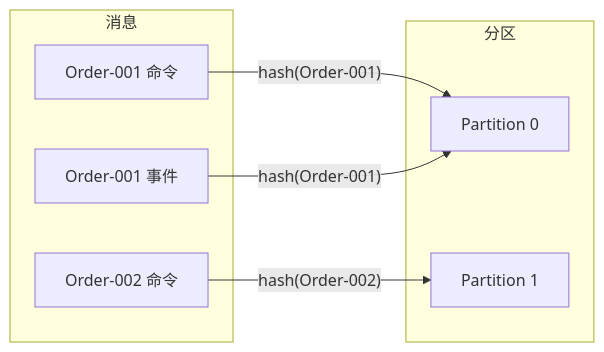
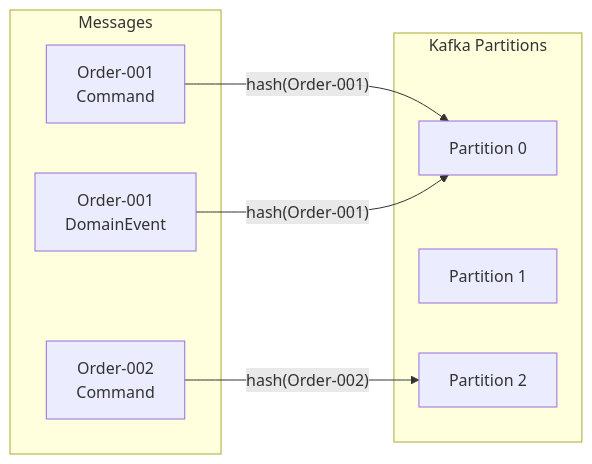
The fifth of 6 diagrams in documentation/docs/zh/guide/extensions/kafka.md (Ahoo-Wang/Wow), drawn with Mermaid before and after one commit. The commit also changed other lines of this file and 79 other files, not shown here.

First line of the commit message:
docs: restructure documentation into three-layer progressive architecture

````diff
--- a/documentation/docs/zh/guide/extensions/kafka.md
+++ b/documentation/docs/zh/guide/extensions/kafka.md
@@ -110,18 +281,16 @@
 ```mermaid
 flowchart LR
-    subgraph Messages["消息"]
-        M1["Order-001 命令"]
-        M2["Order-002 命令"]
-        M3["Order-001 事件"]
+    subgraph Messages["Messages"]
+        C1["Order-001<br>Command"]
+        C2["Order-002<br>Command"]
+        E1["Order-001<br>DomainEvent"]
     end
-
-    subgraph Partitions["分区"]
+    subgraph Partitions["Kafka Partitions"]
         P0["Partition 0"]
         P1["Partition 1"]
+        P2["Partition 2"]
     end
-
-    M1 -->|"hash(Order-001)"| P0
-    M2 -->|"hash(Order-002)"| P1
-    M3 -->|"hash(Order-001)"| P0
-
+    C1 -->|"hash(Order-001)"| P0
+    C2 -->|"hash(Order-002)"| P2
+    E1 -->|"hash(Order-001)"| P0
 ```
````
